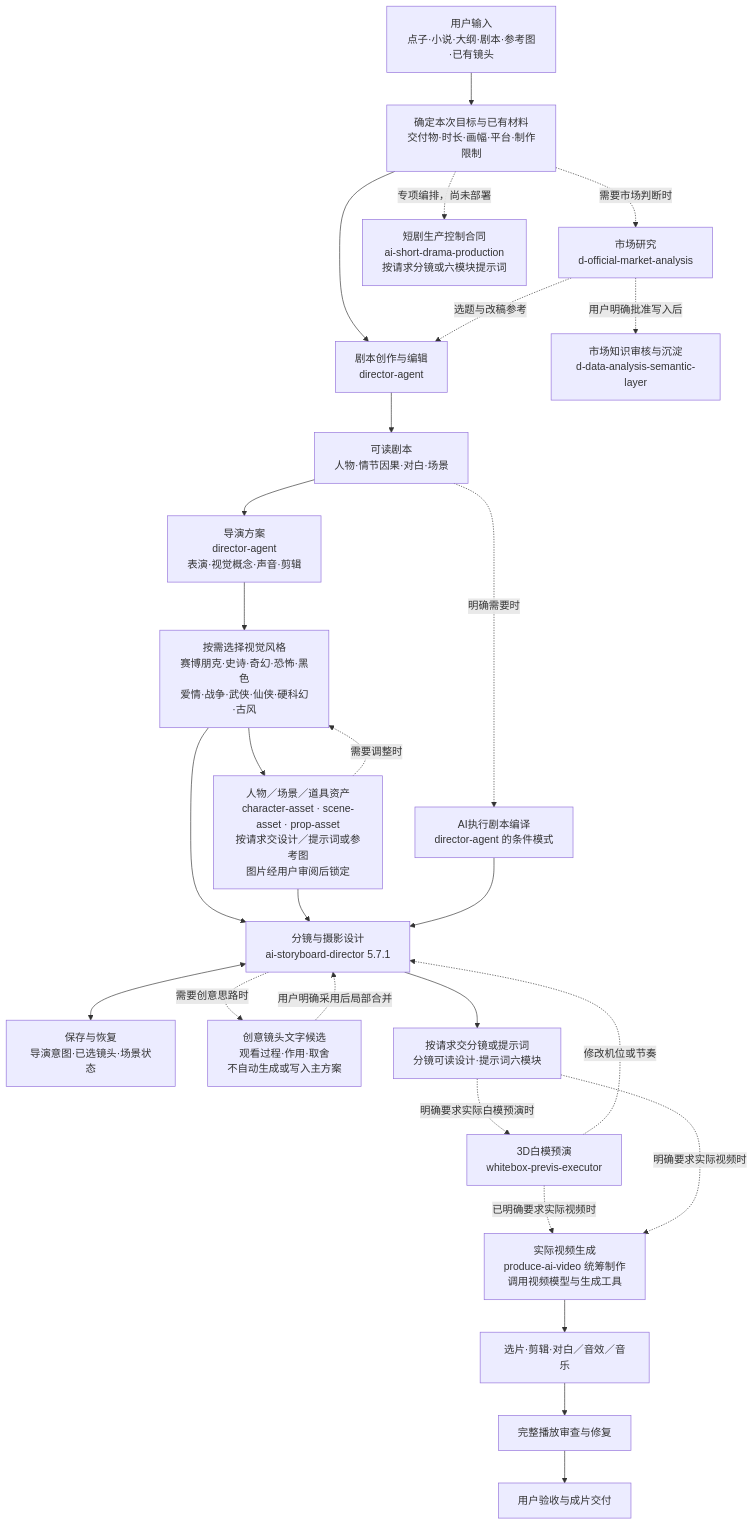
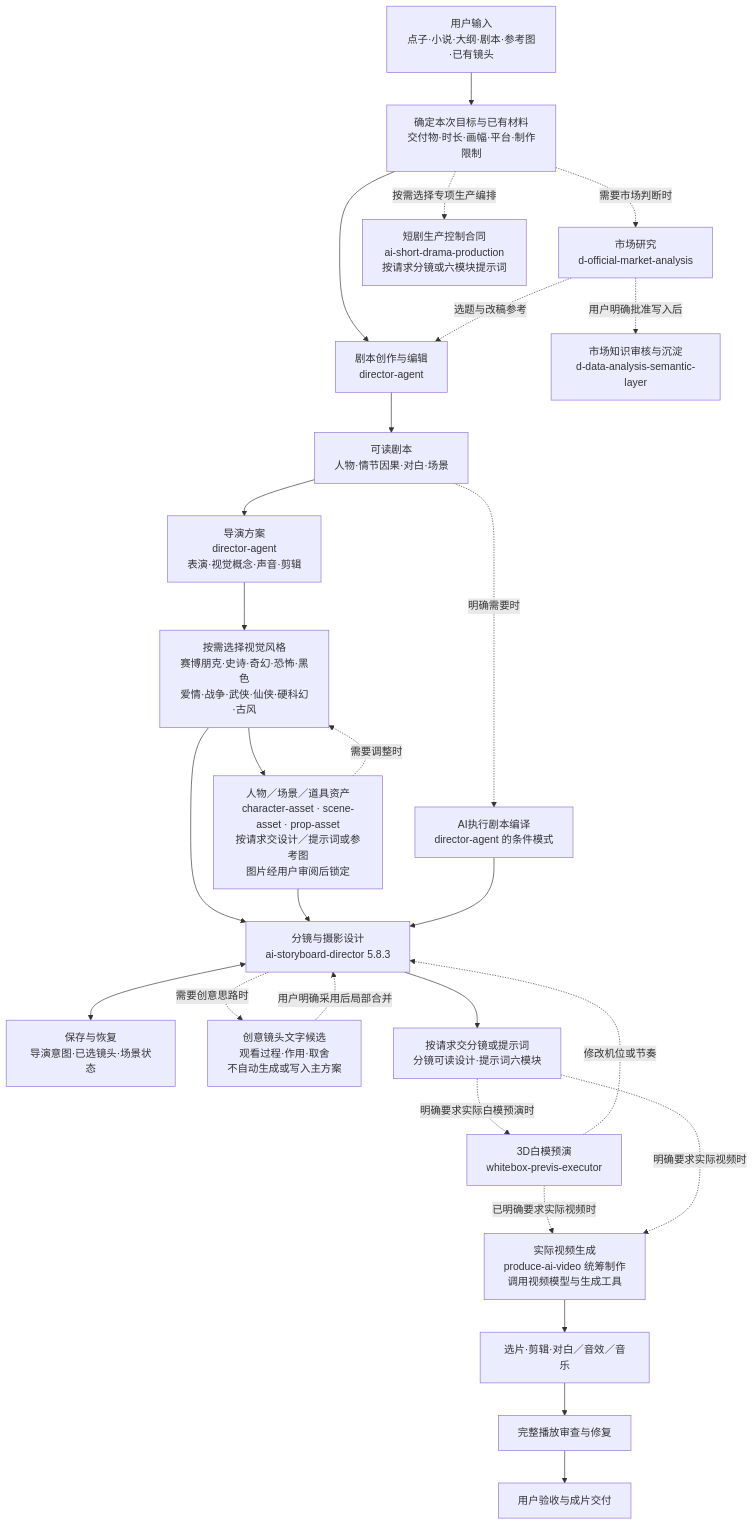
The diagram in docs/WORKFLOW.md (62656456/ai-film-skills), drawn with Mermaid before and after one commit. The commit also changed other lines of this file and 2 other files, not shown here.

````diff
--- a/docs/WORKFLOW.md
+++ b/docs/WORKFLOW.md
@@ -13,29 +18,29 @@
 ```mermaid
 flowchart TB
     U["用户输入<br/>点子·小说·大纲·剧本·参考图·已有镜头"] --> T["确定本次目标与已有材料<br/>交付物·时长·画幅·平台·制作限制"]
     T --> W["剧本创作与编辑<br/>director-agent"]
     T -. "需要市场判断时" .-> M["市场研究<br/>d-official-market-analysis"]
     M -. "选题与改稿参考" .-> W
     M -. "用户明确批准写入后" .-> K["市场知识审核与沉淀<br/>d-data-analysis-semantic-layer"]
     W --> S["可读剧本<br/>人物·情节因果·对白·场景"]
     S --> D["导演方案<br/>director-agent<br/>表演·视觉概念·声音·剪辑"]
     S -. "明确需要时" .-> X["AI执行剧本编译<br/>director-agent 的条件模式"]
     D --> V["按需选择视觉风格<br/>赛博朋克·史诗·奇幻·恐怖·黑色<br/>爱情·战争·武侠·仙侠·硬科幻·古风"]
     V --> A["人物／场景／道具资产<br/>character-asset · scene-asset · prop-asset<br/>按请求交设计／提示词或参考图<br/>图片经用户审阅后锁定"]
     A -. "需要调整时" .-> V
-    V --> B["分镜与摄影设计<br/>ai-storyboard-director 5.7.1"]
+    V --> B["分镜与摄影设计<br/>ai-storyboard-director 5.8.3"]
     A --> B
     X --> B
     B <--> R["保存与恢复<br/>导演意图·已选镜头·场景状态"]
     B -. "需要创意思路时" .-> C["创意镜头文字候选<br/>观看过程·作用·取舍<br/>不自动生成或写入主方案"]
     C -. "用户明确采用后局部合并" .-> B
     B --> P["按请求交分镜或提示词<br/>分镜可读设计·提示词六模块"]
     P -. "明确要求实际白模预演时" .-> PRE["3D白模预演<br/>whitebox-previs-executor"]
     PRE -. "修改机位或节奏" .-> B
     PRE -. "已明确要求实际视频时" .-> G["实际视频生成<br/>produce-ai-video 统筹制作<br/>调用视频模型与生成工具"]
     P -. "明确要求实际视频时" .-> G
     G --> E["选片·剪辑·对白／音效／音乐"]
     E --> Q["完整播放审查与修复"]
     Q --> F["用户验收与成片交付"]
-    T -. "专项编排，尚未部署" .-> SHORT["短剧生产控制合同<br/>ai-short-drama-production<br/>按请求分镜或六模块提示词"]
+    T -. "按需选择专项生产编排" .-> SHORT["短剧生产控制合同<br/>ai-short-drama-production<br/>按请求分镜或六模块提示词"]
 ```
````
